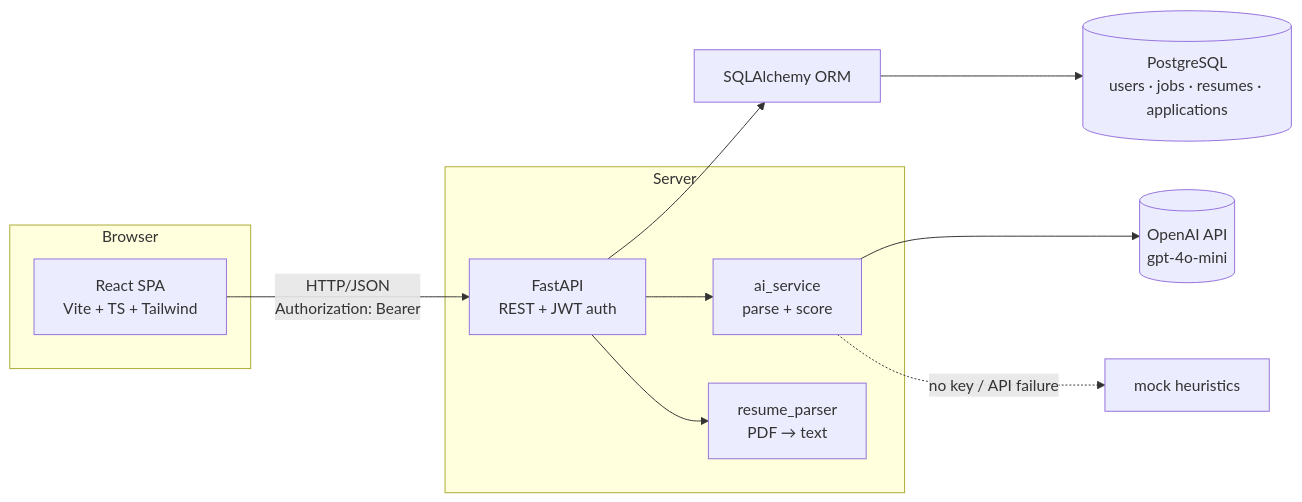
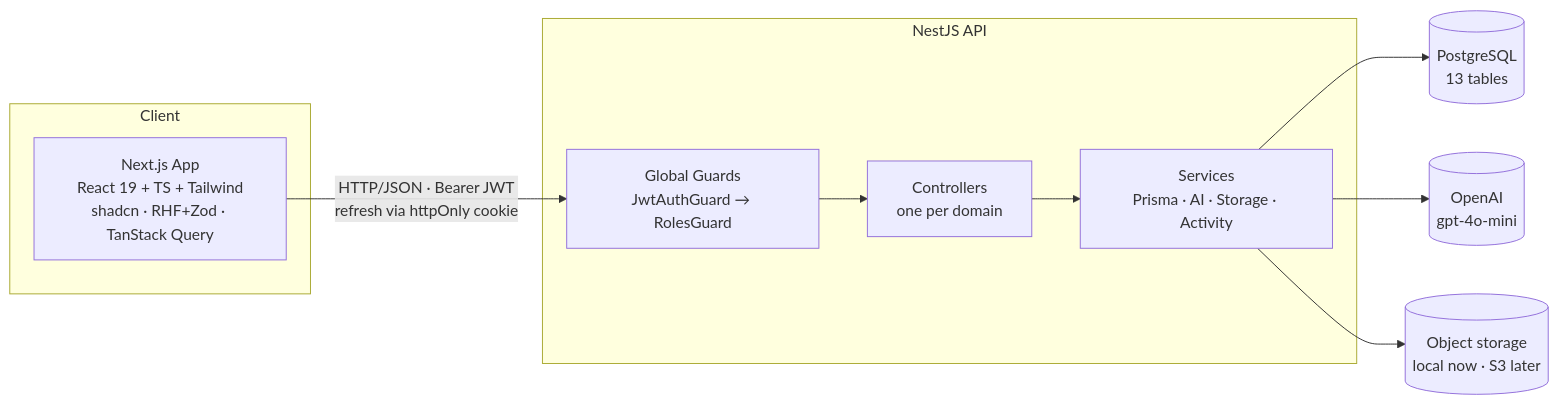
One commit to saiganesh-09/ai-ats changed the first of 2 diagrams in docs/ARCHITECTURE.md. Above: the diagram before and after it, drawn with Mermaid. The commit also changed other lines of this file and 172 other files, not shown here.

First line of the commit message:
Rebuild as TypeScript SaaS: Next.js + NestJS + Prisma

````diff
--- a/docs/ARCHITECTURE.md
+++ b/docs/ARCHITECTURE.md
@@ -5,21 +5,22 @@
 ```mermaid
 flowchart LR
-    subgraph Browser
-        SPA[React SPA<br/>Vite + TS + Tailwind]
+    subgraph Client
+        WEB[Next.js App<br/>React 19 + TS + Tailwind<br/>shadcn · RHF+Zod · TanStack Query]
     end
 
-    subgraph Server
-        API[FastAPI<br/>REST + JWT auth]
-        AI[ai_service<br/>parse + score]
-        PARSER[resume_parser<br/>PDF → text]
+    subgraph API[NestJS API]
+        GUARD[Global Guards<br/>JwtAuthGuard → RolesGuard]
+        CTRL[Controllers<br/>one per domain]
+        SVC[Services<br/>Prisma · AI · Storage · Activity]
     end
 
-    DB[(PostgreSQL<br/>users · jobs · resumes · applications)]
-    OPENAI[(OpenAI API<br/>gpt-4o-mini)]
+    DB[(PostgreSQL<br/>13 tables)]
+    OPENAI[(OpenAI<br/>gpt-4o-mini)]
+    FS[(Object storage<br/>local now · S3 later)]
 
-    SPA -- "HTTP/JSON<br/>Authorization: Bearer <jwt>" --> API
-    API --> SQL[SQLAlchemy ORM] --> DB
-    API --> PARSER
-    API --> AI --> OPENAI
-    AI -.->|no key / API failure| MOCK[mock heuristics]
+    WEB -- "HTTP/JSON · Bearer JWT<br/>refresh via httpOnly cookie" --> GUARD
+    GUARD --> CTRL --> SVC
+    SVC --> DB
+    SVC --> OPENAI
+    SVC --> FS
 ```
````
